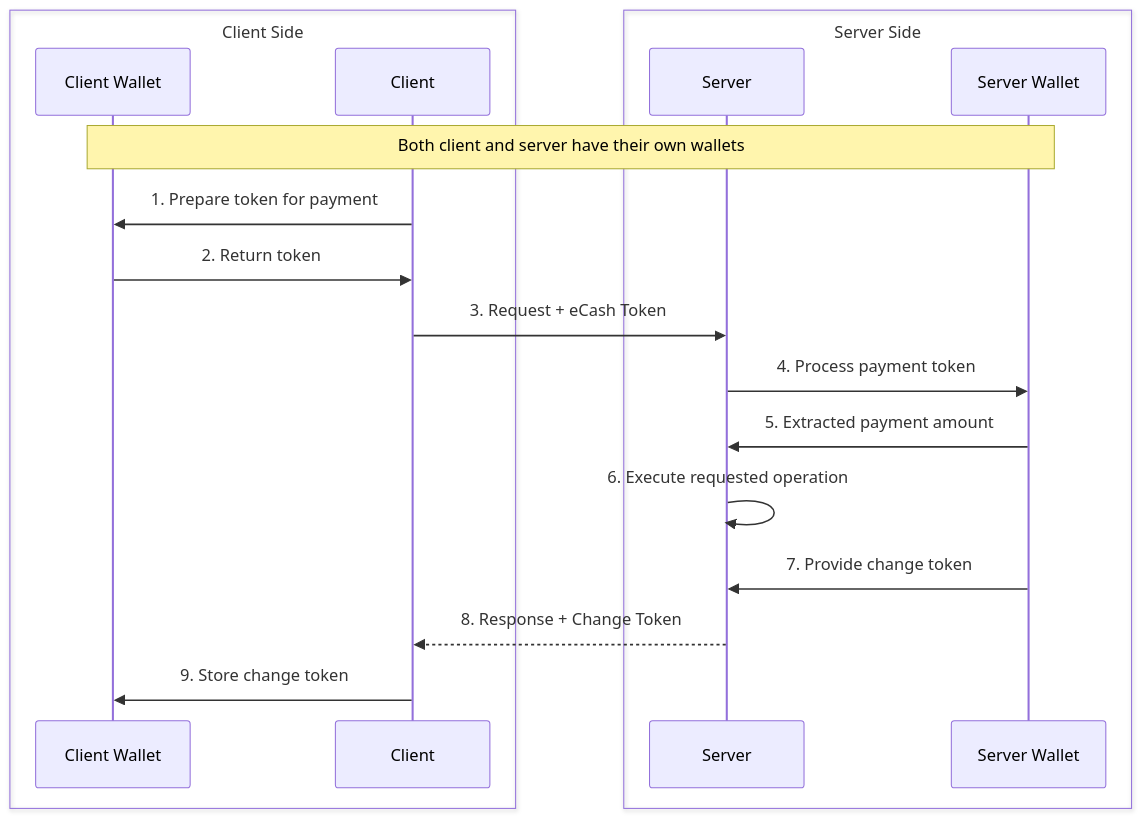
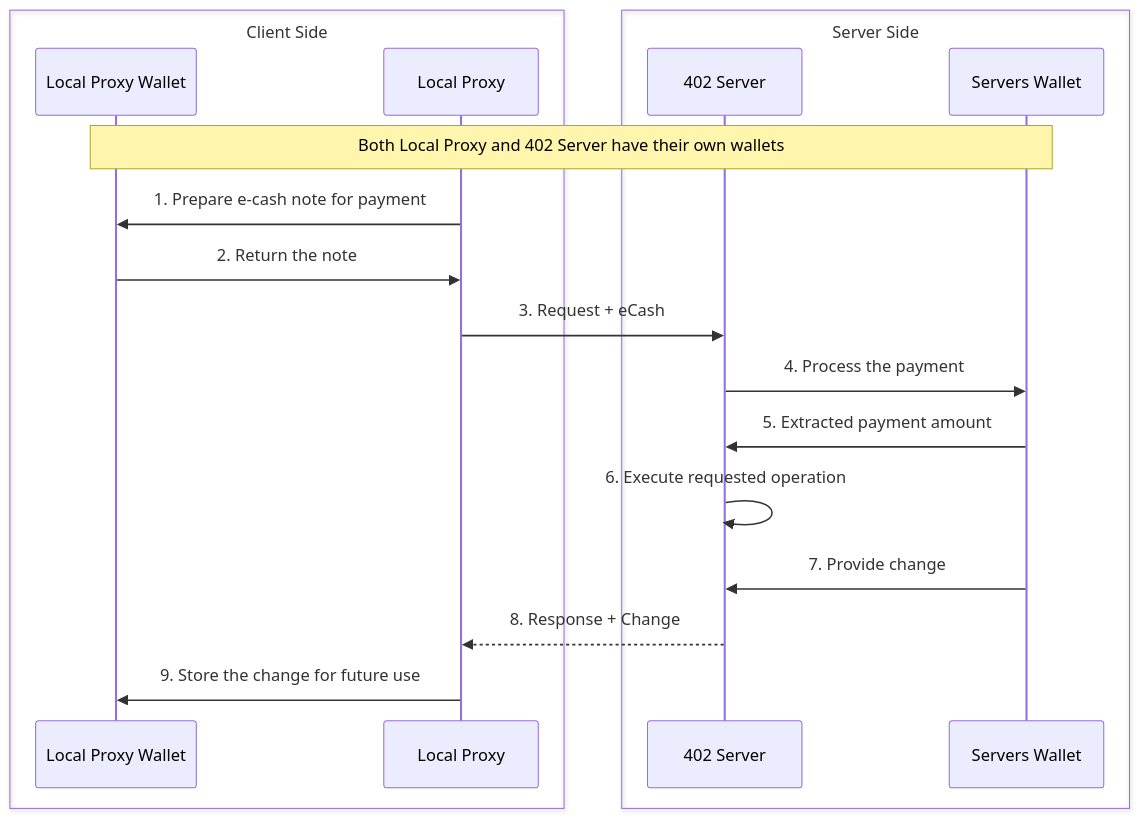
Before and after one commit to c03rad0r/otrta-ecash: the first of 4 diagrams in README.md, drawn with Mermaid. The commit also changed other lines of this file, not shown here.

````diff
--- a/README.md
+++ b/README.md
@@ -24,23 +24,23 @@
 ```mermaid
 sequenceDiagram
     box Client Side
-    participant CW as Client Wallet
-    participant C as Client
+    participant CW as Local Proxy Wallet
+    participant C as Local Proxy
     end
     box Server Side
-    participant S as Server
-    participant SW as Server Wallet
+    participant S as 402 Server
+    participant SW as Servers Wallet
     end
 
-    Note over CW,SW: Both client and server have their own wallets
+    Note over CW,SW: Both Local Proxy and 402 Server have their own wallets
 
-    C->>CW: 1. Prepare token for payment
-    CW->>C: 2. Return token
-    C->>S: 3. Request + eCash Token
-    S->>SW: 4. Process payment token
+    C->>CW: 1. Prepare e-cash note for payment
+    CW->>C: 2. Return the note
+    C->>S: 3. Request + eCash
+    S->>SW: 4. Process the payment
     SW->>S: 5. Extracted payment amount
     S->>S: 6. Execute requested operation
-    SW->>S: 7. Provide change token
-    S-->>C: 8. Response + Change Token
-    C->>CW: 9. Store change token
+    SW->>S: 7. Provide change
+    S-->>C: 8. Response + Change
+    C->>CW: 9. Store the change for future use
 ```
````
